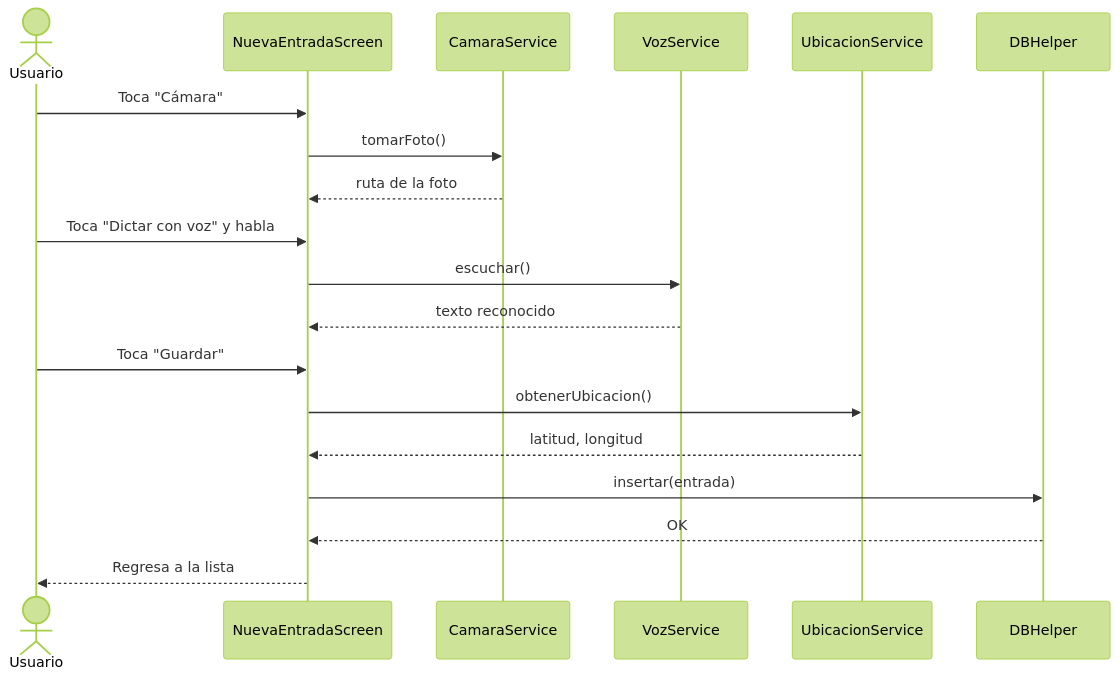
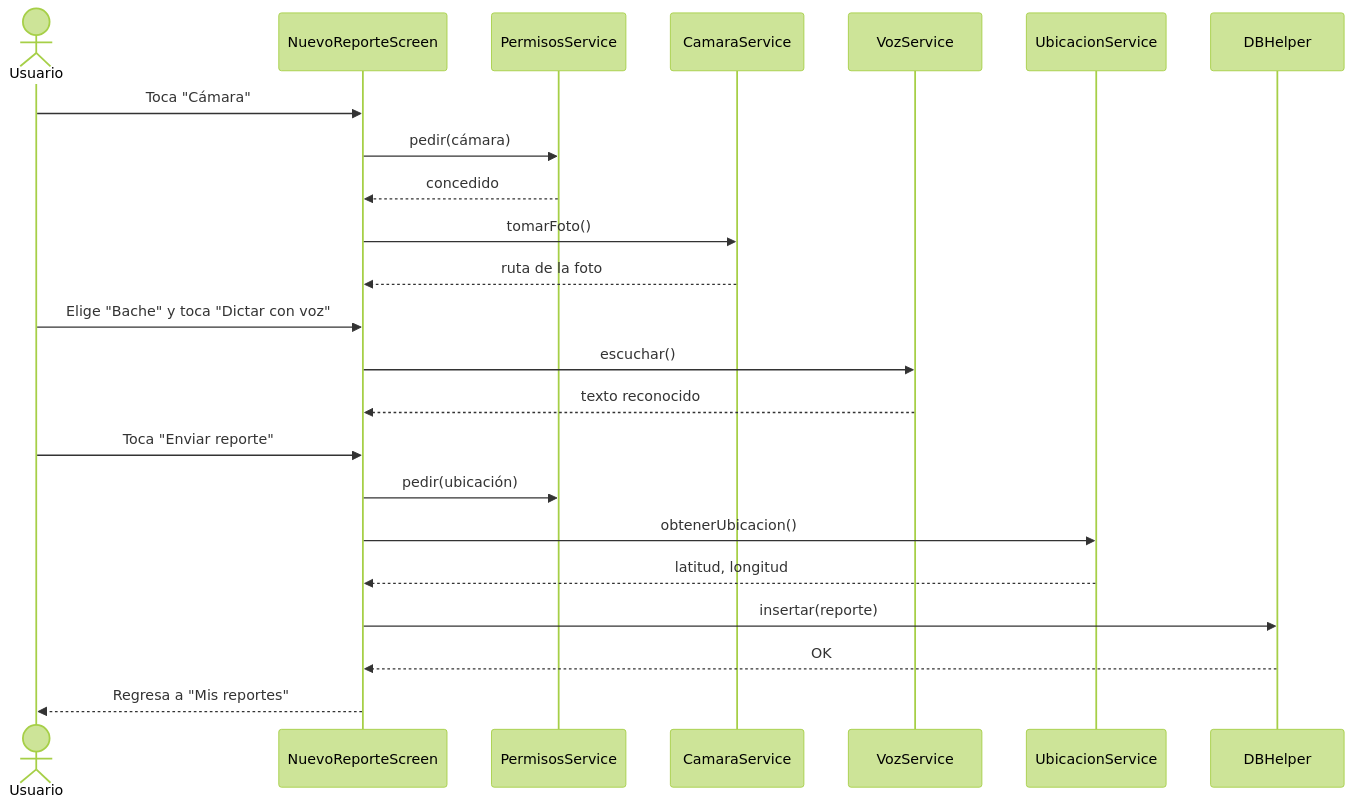
Before and after one commit to Marcosjv1/Parcial-2: the diagram in docs/diagramas/secuencia.mmd, drawn with Mermaid (forest theme). The commit also changed 5 other files, not shown here.

Commit message:
Actualizo el reporte, los diagramas y el README para ReportaCalle

```diff
--- a/docs/diagramas/secuencia.mmd
+++ b/docs/diagramas/secuencia.mmd
@@ -1,19 +1,23 @@
 sequenceDiagram
   actor U as Usuario
-  participant N as NuevaEntradaScreen
+  participant N as NuevoReporteScreen
+  participant P as PermisosService
   participant C as CamaraService
   participant V as VozService
   participant G as UbicacionService
   participant D as DBHelper
   U->>N: Toca "Cámara"
+  N->>P: pedir(cámara)
+  P-->>N: concedido
   N->>C: tomarFoto()
   C-->>N: ruta de la foto
-  U->>N: Toca "Dictar con voz" y habla
+  U->>N: Elige "Bache" y toca "Dictar con voz"
   N->>V: escuchar()
   V-->>N: texto reconocido
-  U->>N: Toca "Guardar"
+  U->>N: Toca "Enviar reporte"
+  N->>P: pedir(ubicación)
   N->>G: obtenerUbicacion()
   G-->>N: latitud, longitud
-  N->>D: insertar(entrada)
+  N->>D: insertar(reporte)
   D-->>N: OK
-  N-->>U: Regresa a la lista
+  N-->>U: Regresa a "Mis reportes"
```
